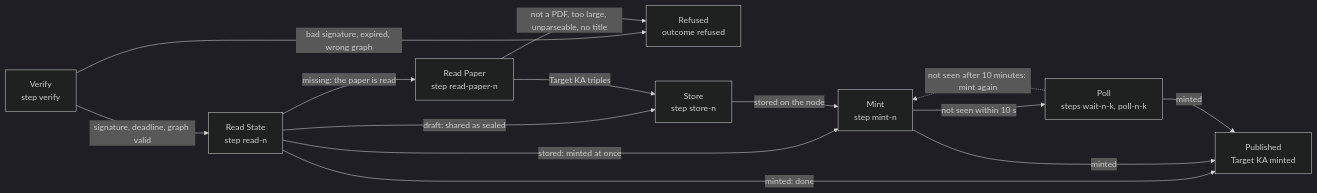
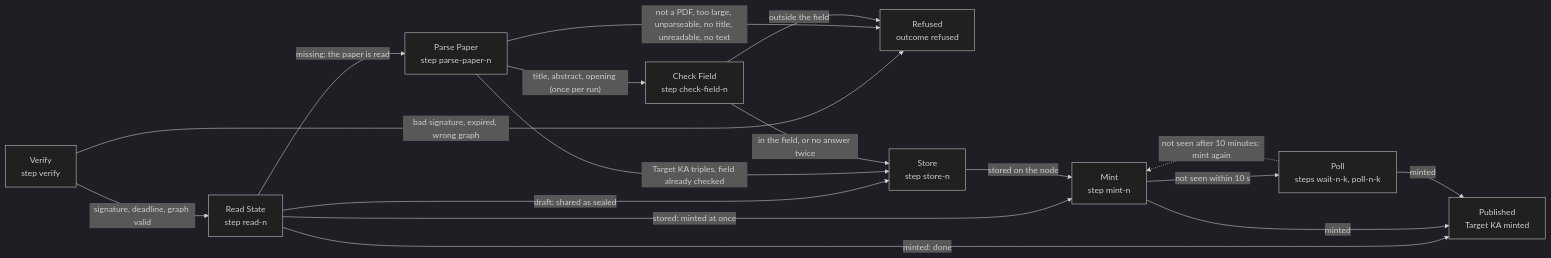
One commit to SiegfriedBz/labstrail changed the diagram in .omm/pipeline/publish-run/diagram.mmd. Above: the diagram before and after it, drawn with Mermaid (dark theme). The commit also changed 130 other files, not shown here.

```diff
--- a/.omm/pipeline/publish-run/diagram.mmd
+++ b/.omm/pipeline/publish-run/diagram.mmd
@@ -1,14 +1,17 @@
 graph LR
     verify["Verify\nstep verify"] -->|"signature, deadline, graph valid"| read-state["Read State\nstep read-n"]
     verify -->|"bad signature, expired, wrong graph"| refused["Refused\noutcome refused"]
-    read-state -->|"missing: the paper is read"| read-paper["Read Paper\nstep read-paper-n"]
+    read-state -->|"missing: the paper is read"| parse-paper["Parse Paper\nstep parse-paper-n"]
     read-state -->|"draft: shared as sealed"| store["Store\nstep store-n"]
     read-state -->|"stored: minted at once"| mint["Mint\nstep mint-n"]
     read-state -->|"minted: done"| done["Published\nTarget KA minted"]
-    read-paper -->|"Target KA triples"| store
-    read-paper -->|"not a PDF, too large, unparseable, no title"| refused
+    parse-paper -->|"title, abstract, opening (once per run)"| check-field["Check Field\nstep check-field-n"]
+    parse-paper -->|"Target KA triples, field already checked"| store
+    parse-paper -->|"not a PDF, too large, unparseable, no title, unreadable, no text"| refused
+    check-field -->|"in the field, or no answer twice"| store
+    check-field -->|"outside the field"| refused
     store -->|"stored on the node"| mint
     mint -->|"not seen within 10 s"| poll["Poll\nsteps wait-n-k, poll-n-k"]
     mint -->|"minted"| done
     poll -->|"minted"| done
     poll -.->|"not seen after 10 minutes: mint again"| mint
```
